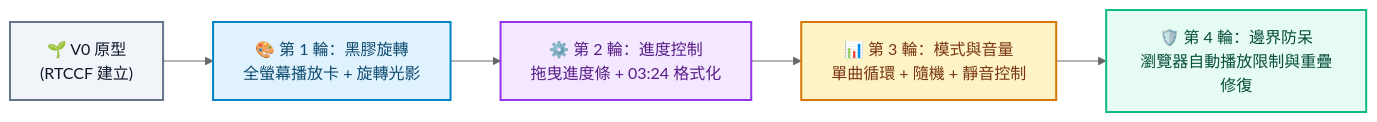
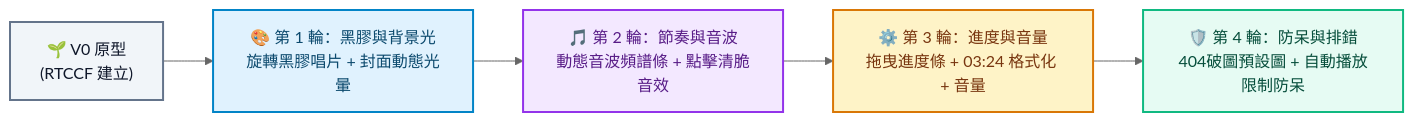
One commit to roberthsu2003/vibe_coding changed the second of 2 diagrams in AIFirst實作課程/加入圖片和音樂/README.md. Above: the diagram before and after it, drawn with Mermaid (neutral theme). The commit also changed other lines of this file and 67 other files, not shown here.

````diff
--- a/AIFirst實作課程/加入圖片和音樂/README.md
+++ b/AIFirst實作課程/加入圖片和音樂/README.md
@@ -109,14 +161,14 @@
 ```mermaid
 flowchart LR
     V0["🌱 V0 原型<br/>(RTCCF 建立)"] 
-    --> V1["🎨 第 1 輪：黑膠旋轉<br/>全螢幕播放卡 + 旋轉光影"]
-    --> V2["⚙️ 第 2 輪：進度控制<br/>拖曳進度條 + 03:24 格式化"]
-    --> V3["📊 第 3 輪：模式與音量<br/>單曲循環 + 隨機 + 靜音控制"]
-    --> V4["🛡️ 第 4 輪：邊界防呆<br/>瀏覽器自動播放限制與重疊修復"]
+    --> V1["🎨 第 1 輪：黑膠與背景光<br/>旋轉黑膠唱片 + 封面動態光暈"]
+    --> V2["🎵 第 2 輪：節奏與音波<br/>動態音波頻譜條 + 點擊清脆音效"]
+    --> V3["⚙️ 第 3 輪：進度與音量<br/>拖曳進度條 + 03:24 格式化 + 音量"]
+    --> V4["🛡️ 第 4 輪：防呆與排錯<br/>404破圖預設圖 + 自動播放限制防呆"]
 
     style V0 fill:#f1f5f9,stroke:#64748b,stroke-width:2px,color:#0f172a
     style V1 fill:#e0f2fe,stroke:#0284c7,stroke-width:2px,color:#0c4a6e
     style V2 fill:#f3e8ff,stroke:#9333ea,stroke-width:2px,color:#581c87
     style V3 fill:#fef3c7,stroke:#d97706,stroke-width:2px,color:#78350f
     style V4 fill:#e6fbf3,stroke:#10b981,stroke-width:2px,color:#064e3b
 ```
````
